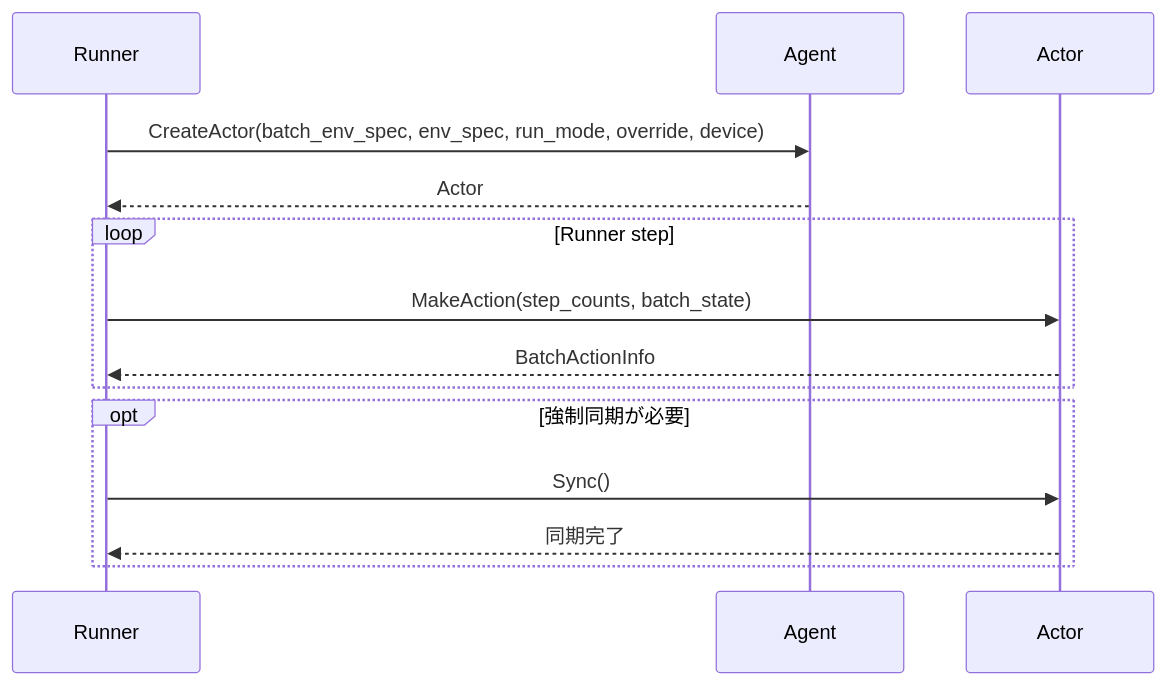
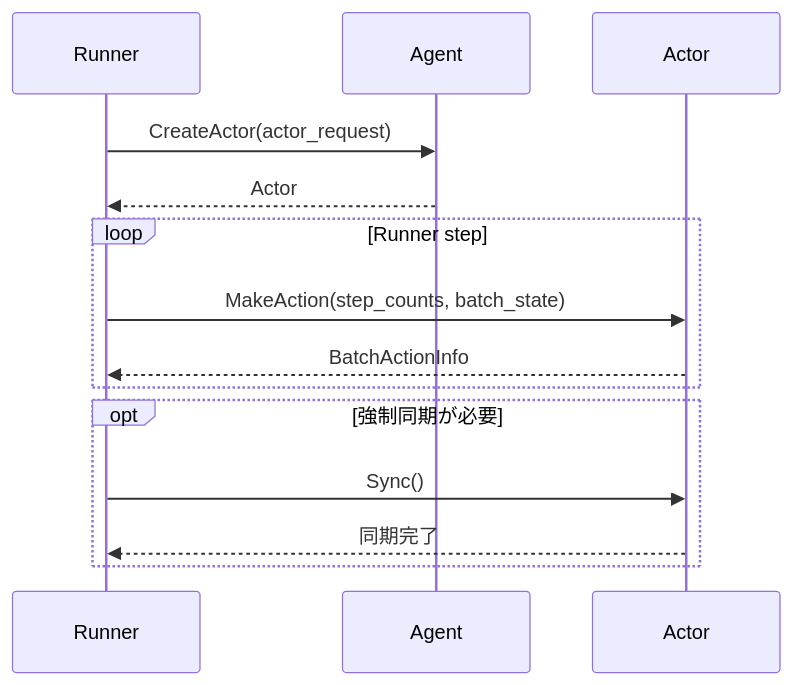
One commit to kazukin123/anet-lab changed the second of 3 diagrams in docs/design/110_agents_and_learning.jp.md. Above: the diagram before and after it, drawn with Mermaid. The commit also changed other lines of this file and 16 other files, not shown here.

````diff
--- a/docs/design/110_agents_and_learning.jp.md
+++ b/docs/design/110_agents_and_learning.jp.md
@@ -137,17 +136,17 @@
 ```mermaid
 sequenceDiagram
     participant R as Runner
     participant G as Agent
     participant A as Actor
 
-    R->>G: CreateActor(batch_env_spec, env_spec, run_mode, override, device)
+    R->>G: CreateActor(actor_request)
     G-->>R: Actor
     loop Runner step
         R->>A: MakeAction(step_counts, batch_state)
         A-->>R: BatchActionInfo
     end
     opt 強制同期が必要
         R->>A: Sync()
         A-->>R: 同期完了
     end
 ```
````
